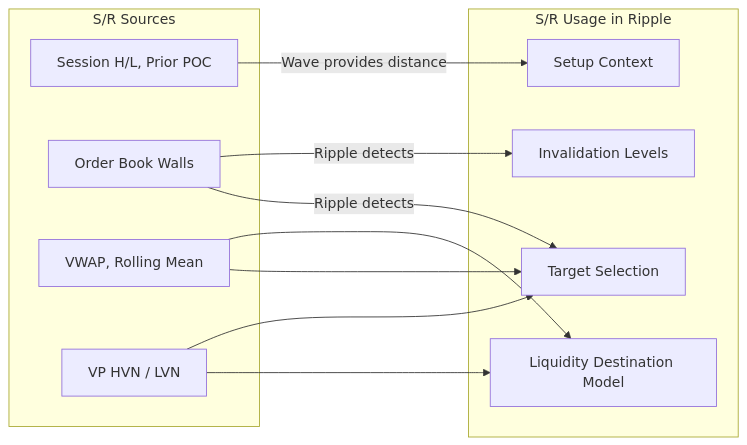
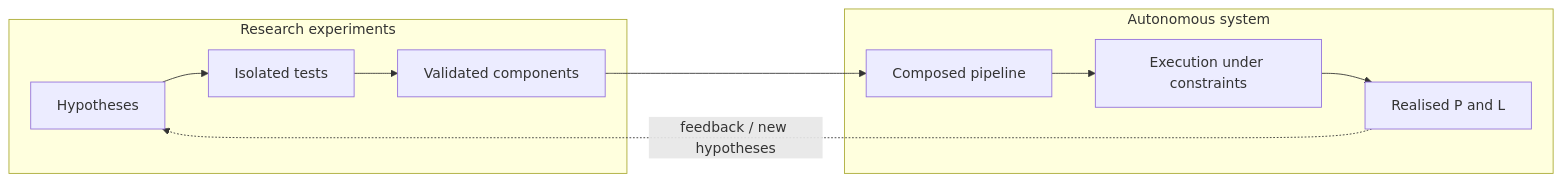
The first of 4 diagrams in strategy.md (Centheos1/trading), drawn with Mermaid before and after one commit. The commit also changed other lines of this file and 36 other files, not shown here.

````diff
--- a/strategy.md
+++ b/strategy.md
@@ -934,24 +89,15 @@
 ```mermaid
 flowchart LR
-    subgraph SR_SOURCES ["S/R Sources"]
-        S1[Session H/L, Prior POC]
-        S2[Order Book Walls]
-        S3[VWAP, Rolling Mean]
-        S4[VP HVN / LVN]
+    subgraph research [Research experiments]
+        H[Hypotheses]
+        E[Isolated tests]
+        V[Validated components]
     end
-
-    subgraph SR_USAGE ["S/R Usage in Ripple"]
-        U1[Target Selection]
-        U2[Liquidity Destination Model]
-        U3[Invalidation Levels]
-        U4[Setup Context]
+    subgraph live [Autonomous system]
+        C[Composed pipeline]
+        X[Execution under constraints]
+        F[Realised P and L]
     end
-
-    S1 -->|Wave provides distance| U4
-    S2 -->|Ripple detects| U1
-    S2 -->|Ripple detects| U3
-    S3 --> U1
-    S3 --> U2
-    S4 --> U2
-    S4 --> U1
+    H --> E --> V --> C --> X --> F
+    F -.->|feedback / new hypotheses| H
 ```
````
